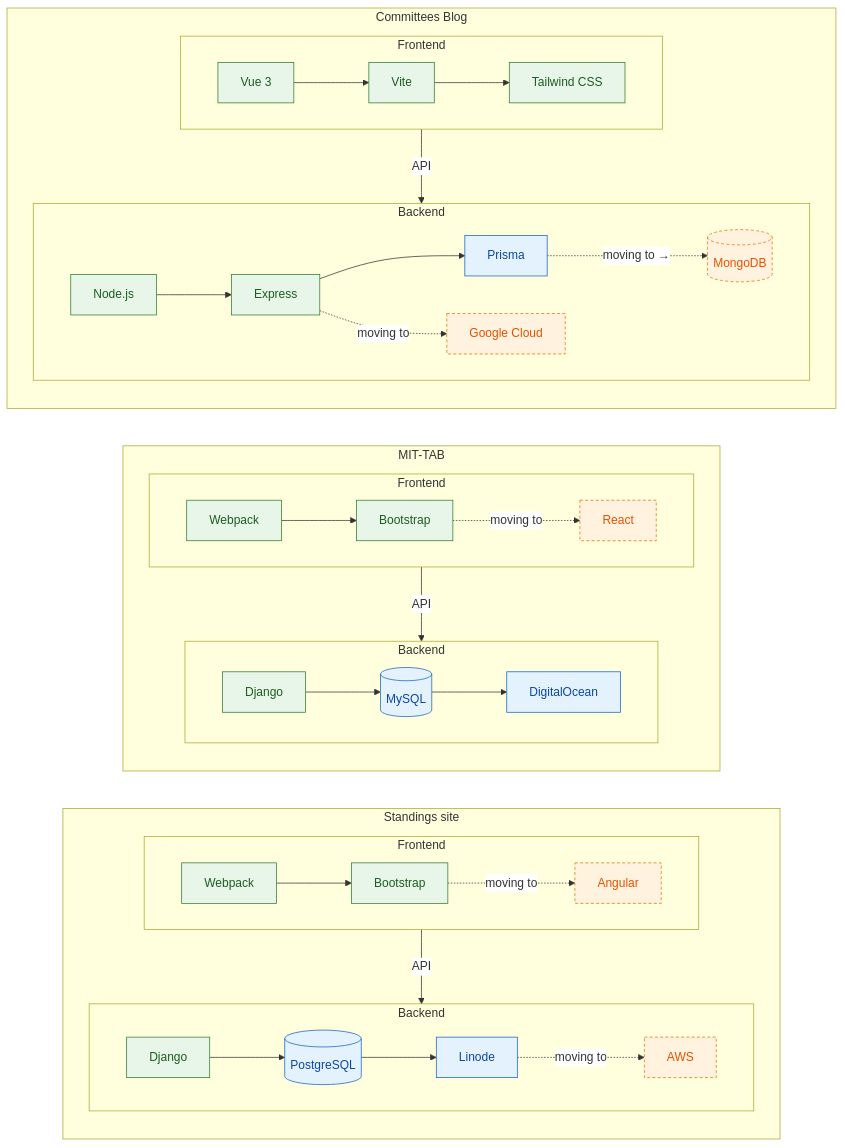
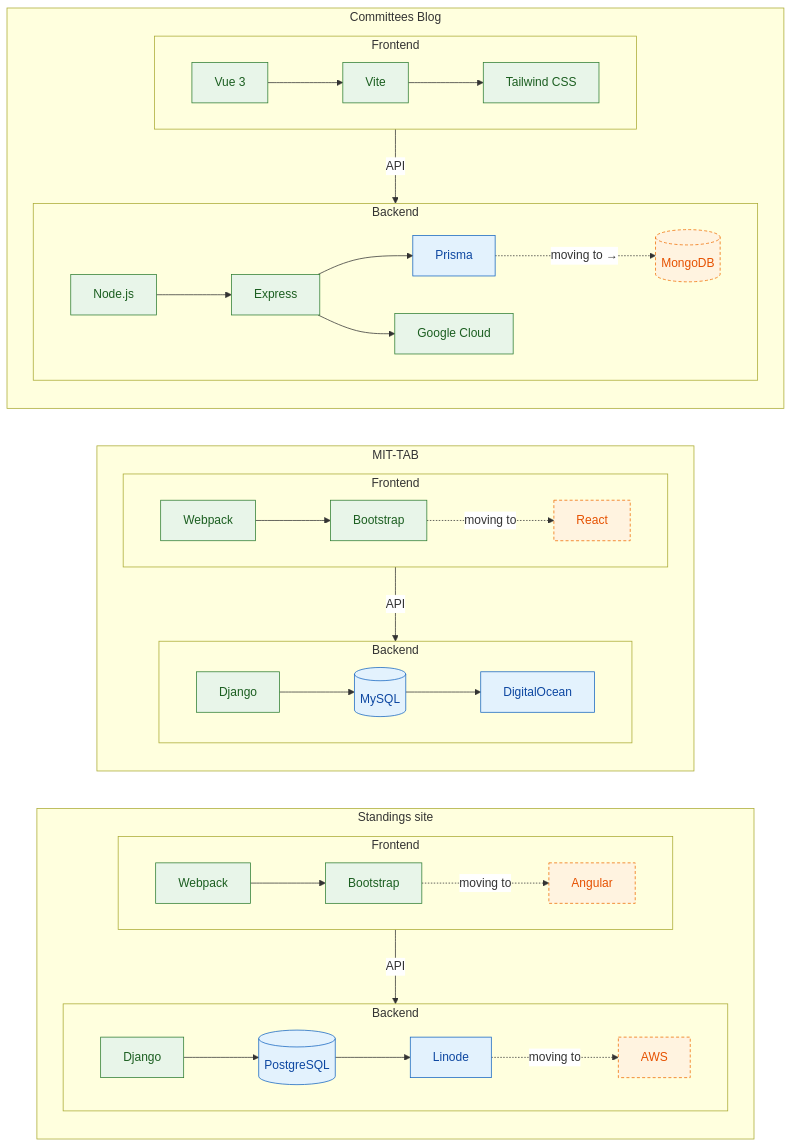
One commit to APDA-Tech-Committee/.github changed the diagram in profile/README.md. Above: the diagram before and after it, drawn with Mermaid.

Commit message:
Update backend architecture diagram in README

````diff
--- a/profile/README.md
+++ b/profile/README.md
@@ -27,66 +27,66 @@
 ```mermaid
 
 %%{init: {
   "themeVariables": {
     "fontSize": "16px",
     "edgeLabelBackground":"#ffffff"
   }
 }}%%
 flowchart LR
 
   %% ------------------ Standings site ------------------
   subgraph ST[Standings site]
     direction TB
 
     subgraph ST_FE[Frontend]
       ST_WP[Webpack]:::current --> ST_BS[Bootstrap]:::current
       ST_BS -.->|moving to| ST_ANG[Angular]:::target
     end
 
     subgraph ST_BE[Backend]
       ST_DJ[Django]:::current --> ST_PG[(PostgreSQL)]:::infra --> ST_LIN[Linode]:::infra
       ST_LIN -.->|moving to| ST_AWS[AWS]:::target
     end
 
     ST_FE -->|API| ST_BE
   end
 
   %% ------------------ MIT-TAB ------------------
   subgraph MT[MIT-TAB]
     direction TB
 
     subgraph MT_FE[Frontend]
       MT_WP[Webpack]:::current --> MT_BS[Bootstrap]:::current
       MT_BS -.->|moving to| MT_RE[React]:::target
     end
 
     subgraph MT_BE[Backend]
       MT_DJ[Django]:::current --> MT_MY[(MySQL)]:::infra --> MT_DO[DigitalOcean]:::infra
     end
 
     MT_FE -->|API| MT_BE
   end
 
   %% ------------------ Committees Blog ------------------
   subgraph CB[Committees Blog]
     direction TB
 
     subgraph CB_FE[Frontend]
       CB_VUE[Vue 3]:::current --> CB_VITE[Vite]:::current --> CB_TW[Tailwind CSS]:::current
     end
 
     subgraph CB_BE[Backend]
       CB_NODE[Node.js]:::current --> CB_EXP[Express]:::current --> CB_PRISMA[Prisma]:::infra
       CB_PRISMA -.->|moving to →| CB_MONGO[(MongoDB)]:::target
-      CB_EXP -.->|moving to| CB_GCP[Google Cloud]:::target
+      CB_EXP --> CB_GCP[Google Cloud]:::current
     end
 
     CB_FE -->|API| CB_BE
   end
 
   %% ------------- Styles  -------------
   classDef current fill:#e8f5e9,stroke:#2e7d32,stroke-width:1px,color:#1b5e20,font-size:16px;
   classDef target fill:#fff3e0,stroke:#ef6c00,stroke-width:1px,stroke-dasharray:4 3,color:#e65100,font-size:16px;
   classDef infra  fill:#e3f2fd,stroke:#1565c0,stroke-width:1px,color:#0d47a1,font-size:16px;
 
 ```
````
